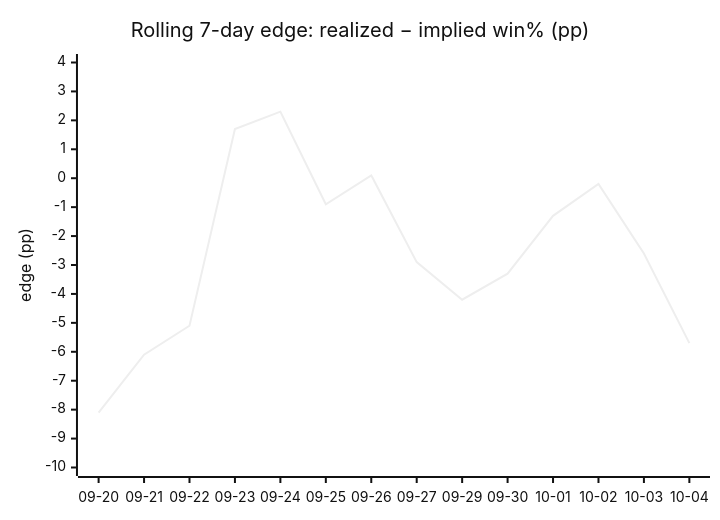
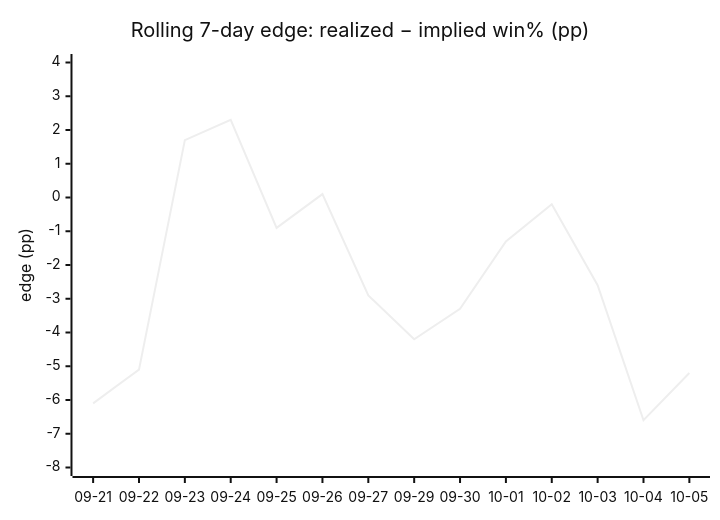
Before and after one commit to dpk1212/nhl-savant: the fourth of 4 diagrams in DAILY_AGSU_REPORT.md, drawn with Mermaid (neutral theme). The commit also changed other lines of this file, not shown here.

````diff
--- a/DAILY_AGSU_REPORT.md
+++ b/DAILY_AGSU_REPORT.md
@@ -874,7 +863,7 @@
 ```mermaid
 xychart-beta
     title "Rolling 7-day edge: realized − implied win% (pp)"
-    x-axis ["09-20", "09-21", "09-22", "09-23", "09-24", "09-25", "09-26", "09-27", "09-29", "09-30", "10-01", "10-02", "10-03", "10-04"]
-    y-axis "edge (pp)" -10 --> 4
-    line [-8.1, -6.1, -5.1, 1.7, 2.3, -0.9, 0.1, -2.9, -4.2, -3.3, -1.3, -0.2, -2.6, -5.7]
+    x-axis ["09-21", "09-22", "09-23", "09-24", "09-25", "09-26", "09-27", "09-29", "09-30", "10-01", "10-02", "10-03", "10-04", "10-05"]
+    y-axis "edge (pp)" -8 --> 4
+    line [-6.1, -5.1, 1.7, 2.3, -0.9, 0.1, -2.9, -4.2, -3.3, -1.3, -0.2, -2.6, -6.6, -5.2]
 ```
````
